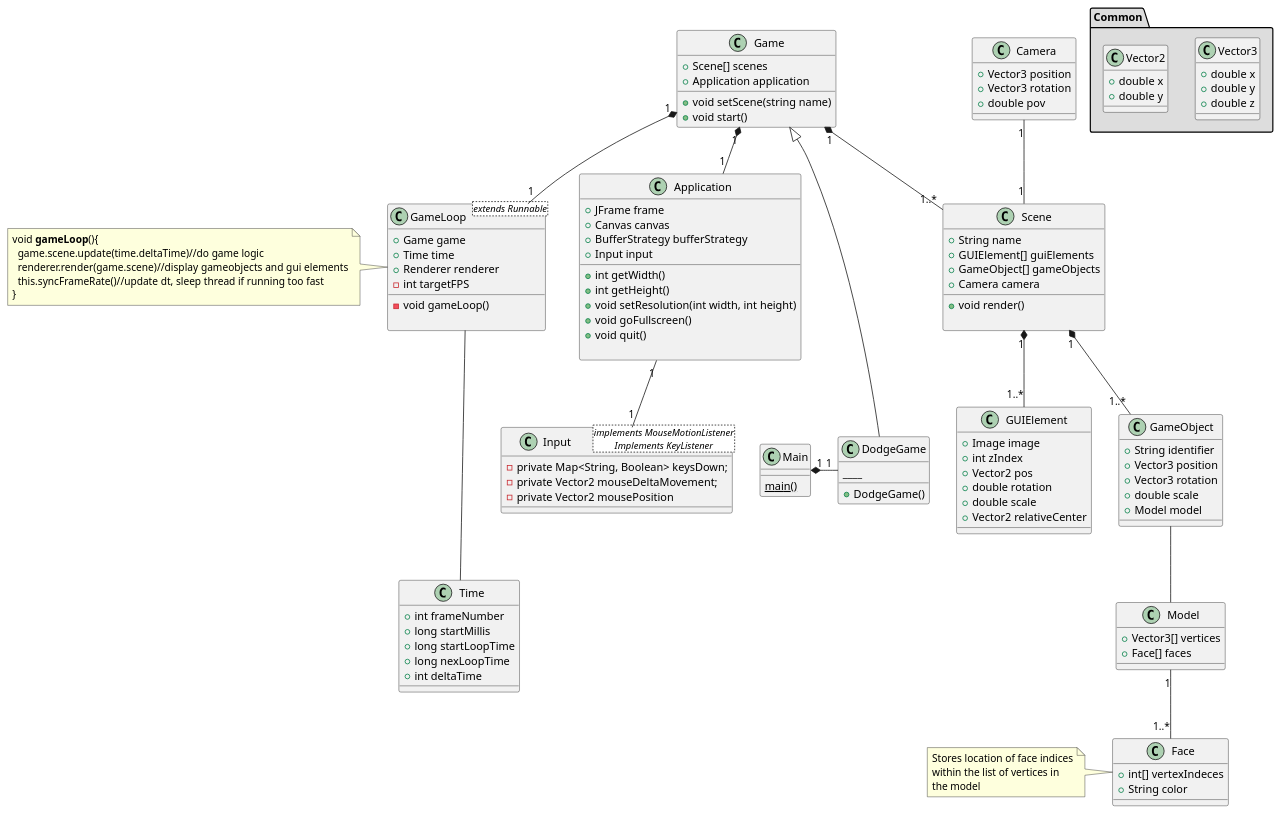
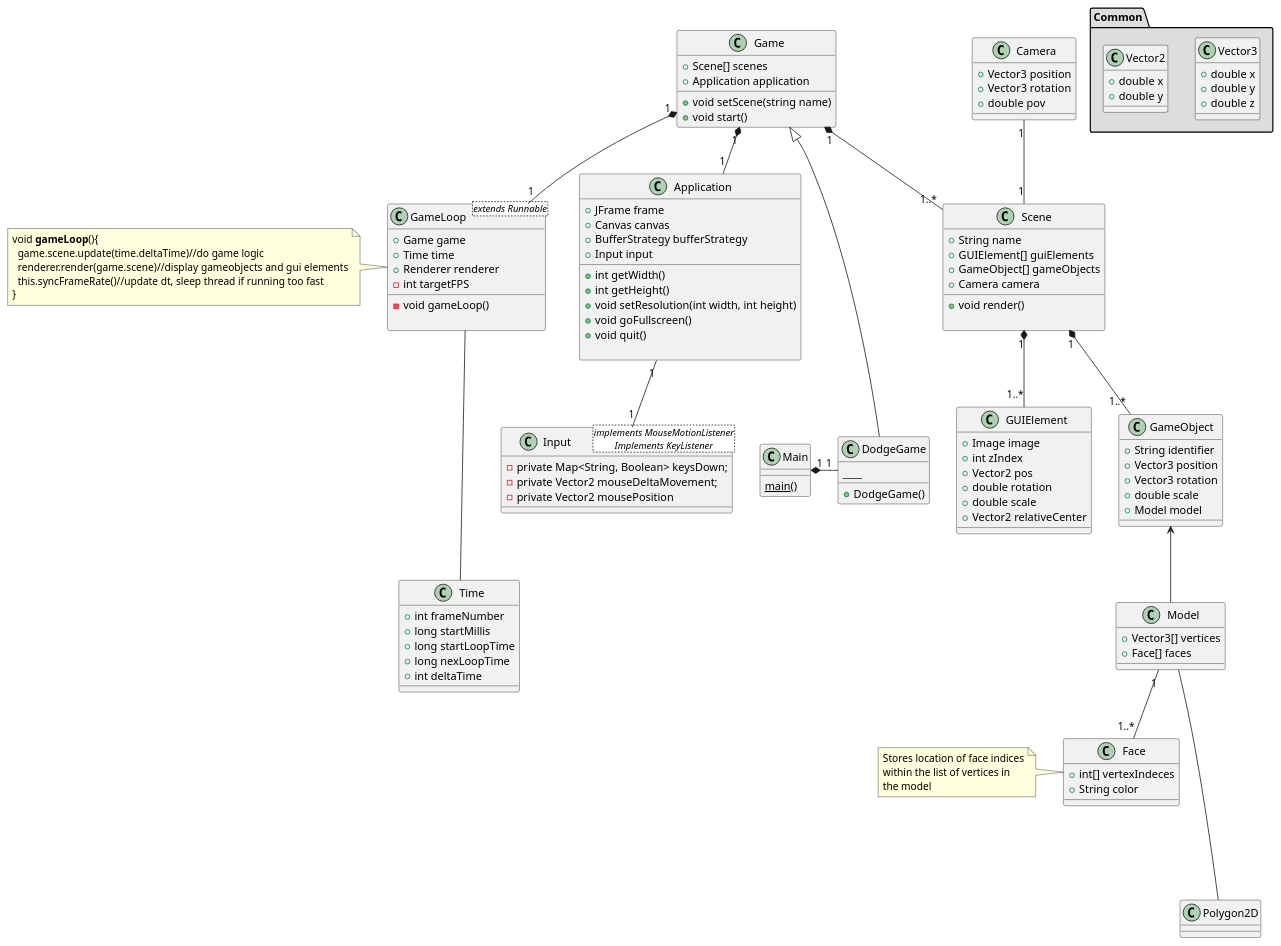
One commit to jacksonjw12/COEN275Group1 changed the diagram in src/RenderEngineBase/classdiagram.puml. Above: the diagram before and after it, drawn with PlantUML. The commit also changed 5 other files, not shown here.

```diff
--- a/src/RenderEngineBase/classdiagram.puml
+++ b/src/RenderEngineBase/classdiagram.puml
@@ -1,130 +1,131 @@
 @startuml
 class Game {
     +Scene[] scenes
     +Application application
     ____
     +void setScene(string name)
     +void start()
 }
 class DodgeGame {
 
     ____
     +DodgeGame()
 
 }
 class Time {
     +int frameNumber
     +long startMillis
     +long startLoopTime
     +long nexLoopTime
     +int deltaTime
 }
 class GameLoop<extends Runnable> {
     +Game game
     +Time time
     +Renderer renderer
     -int targetFPS
     __
     -void gameLoop()
 
 }
 note left of GameLoop
   void <b>gameLoop</b>(){
     game.scene.update(time.deltaTime)//do game logic
     renderer.render(game.scene)//display gameobjects and gui elements
     this.syncFrameRate()//update dt, sleep thread if running too fast
   }
 end note
 class Scene {
     +String name
     +GUIElement[] guiElements
     +GameObject[] gameObjects
     +Camera camera
     __
     +void render()
 
 }
 class GUIElement {
     +Image image
     +int zIndex
     +Vector2 pos
     +double rotation
     +double scale
     +Vector2 relativeCenter
 }
 class GameObject {
     +String identifier
     +Vector3 position
     +Vector3 rotation
     +double scale
     +Model model
 
 }
 class Model {
     +Vector3[] vertices
     +Face[] faces
 }
 class Face{
     +int[] vertexIndeces
     +String color
 }
 note left of Face
     Stores location of face indices
     within the list of vertices in
     the model
 end note
 class Camera{
     +Vector3 position
     +Vector3 rotation
     +double pov
 }
 class Main{
 {static} main()
 }
 class Application {
     +JFrame frame
     +Canvas canvas
     +BufferStrategy bufferStrategy
     +Input input
     ____
     +int getWidth()
     +int getHeight()
     +void setResolution(int width, int height)
     +void goFullscreen()
     +void quit()
 
 }
 class Input <implements MouseMotionListener\nImplements KeyListener>{
     -private Map<String, Boolean> keysDown;
     -private Vector2 mouseDeltaMovement;
     -private Vector2 mousePosition
 
 }
 package "Common" #DDDDDD {
   class Vector3{
     +double x
     +double y
     +double z
   }
   class Vector2{
     +double x
     +double y
   }
 }
 
 Game <|--- DodgeGame
 Game "1" *-- "1" GameLoop
 Game "1" *-- "1" Application
 Main "1" *- "1" DodgeGame
 Game "1" *-- "1..*" Scene
 Scene "1" *-- "1..*" GUIElement
 Scene "1" *-- "1..*" GameObject
 Camera "1" -- "1" Scene
 Application "1" -- "1" Input
-GameObject -- Model
+GameObject <-- Model
 Model "1" -- "1..*" Face
 GameLoop --- Time
+Model ---- Polygon2D
 
 
 
 @enduml
```
